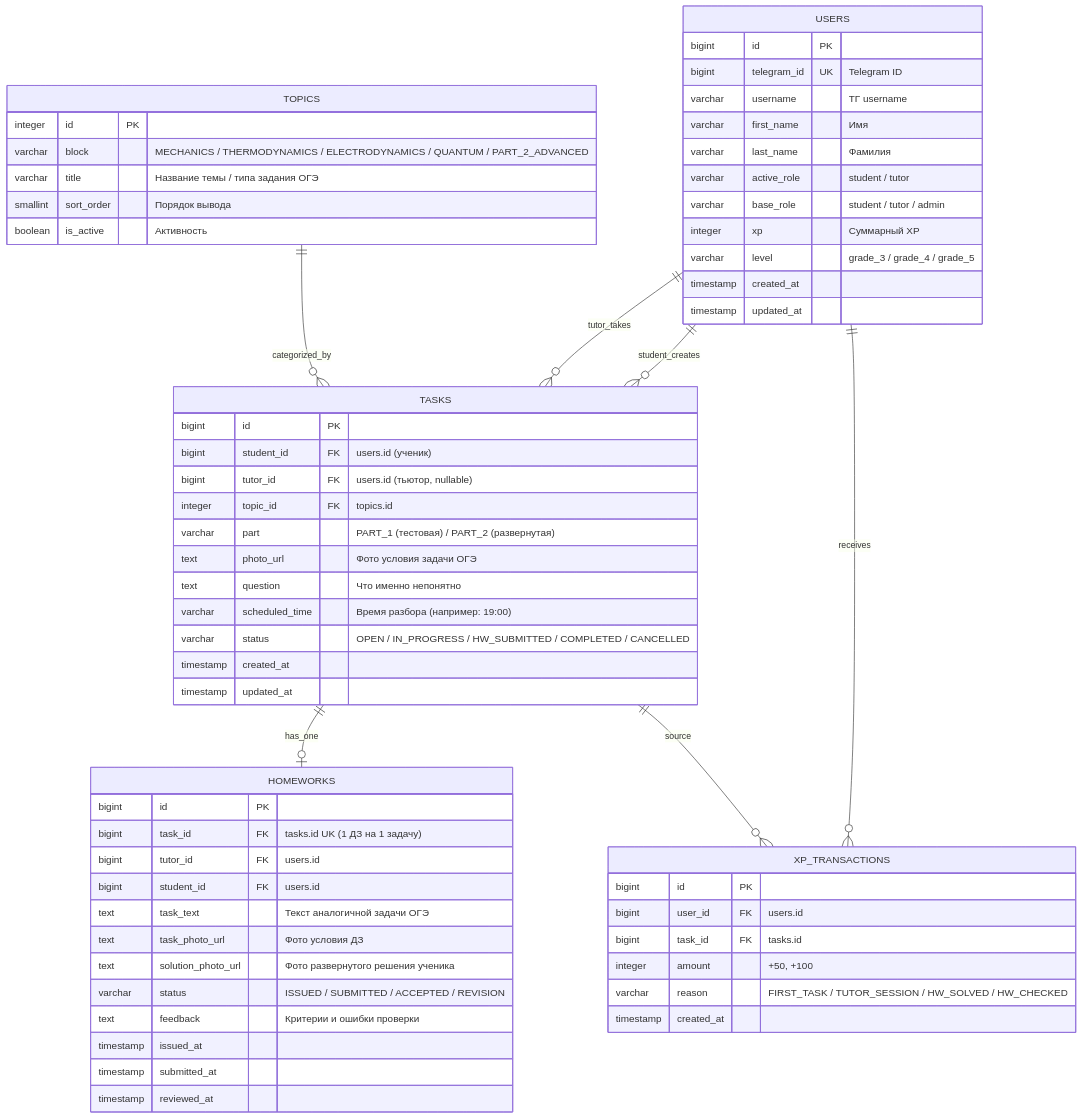
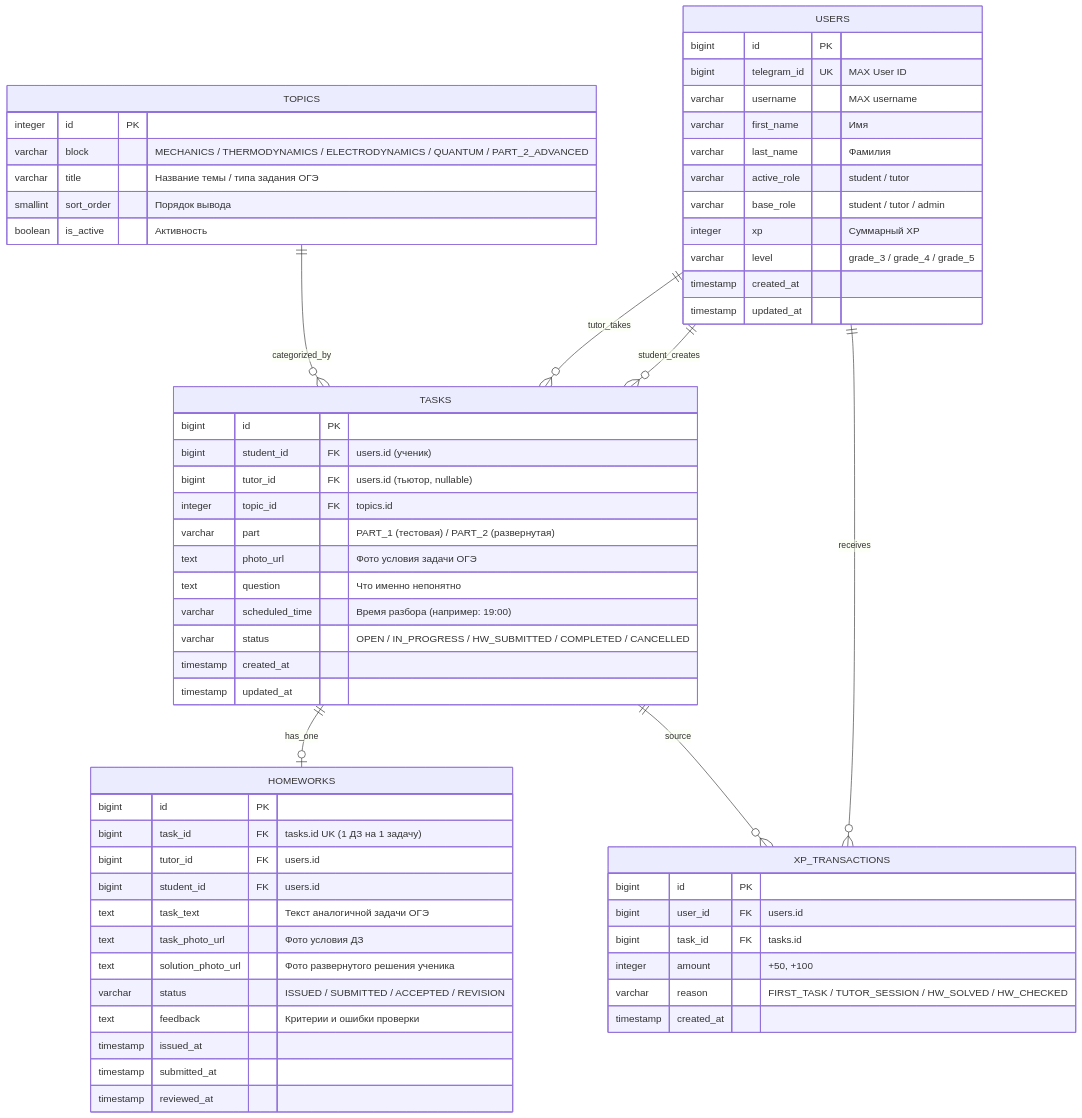
The diagram in docs/TZ_DATABASE.md (Cofemountain/help_student_gubkin), drawn with Mermaid before and after one commit. The commit also changed other lines of this file and 12 other files, not shown here.

Commit message:
refactor: focus exclusively on MAX messenger, remove Telegram bot and references

````diff
--- a/docs/TZ_DATABASE.md
+++ b/docs/TZ_DATABASE.md
@@ -63,69 +63,69 @@
 ```mermaid
 erDiagram
     USERS ||--o{ TASKS : "student_creates"
     USERS ||--o{ TASKS : "tutor_takes"
     TOPICS ||--o{ TASKS : "categorized_by"
     TASKS ||--o| HOMEWORKS : "has_one"
     USERS ||--o{ XP_TRANSACTIONS : "receives"
     TASKS ||--o{ XP_TRANSACTIONS : "source"
 
     USERS {
         bigint id PK
-        bigint telegram_id UK "Telegram ID"
-        varchar username "ТГ username"
+        bigint telegram_id UK "MAX User ID"
+        varchar username "MAX username"
         varchar first_name "Имя"
         varchar last_name "Фамилия"
         varchar active_role "student / tutor"
         varchar base_role "student / tutor / admin"
         integer xp "Суммарный XP"
         varchar level "grade_3 / grade_4 / grade_5"
         timestamp created_at
         timestamp updated_at
     }
 
     TOPICS {
         integer id PK
         varchar block "MECHANICS / THERMODYNAMICS / ELECTRODYNAMICS / QUANTUM / PART_2_ADVANCED"
         varchar title "Название темы / типа задания ОГЭ"
         smallint sort_order "Порядок вывода"
         boolean is_active "Активность"
     }
 
     TASKS {
         bigint id PK
         bigint student_id FK "users.id (ученик)"
         bigint tutor_id FK "users.id (тьютор, nullable)"
         integer topic_id FK "topics.id"
         varchar part "PART_1 (тестовая) / PART_2 (развернутая)"
         text photo_url "Фото условия задачи ОГЭ"
         text question "Что именно непонятно"
         varchar scheduled_time "Время разбора (например: 19:00)"
         varchar status "OPEN / IN_PROGRESS / HW_SUBMITTED / COMPLETED / CANCELLED"
         timestamp created_at
         timestamp updated_at
     }
 
     HOMEWORKS {
         bigint id PK
         bigint task_id FK "tasks.id UK (1 ДЗ на 1 задачу)"
         bigint tutor_id FK "users.id"
         bigint student_id FK "users.id"
         text task_text "Текст аналогичной задачи ОГЭ"
         text task_photo_url "Фото условия ДЗ"
         text solution_photo_url "Фото развернутого решения ученика"
         varchar status "ISSUED / SUBMITTED / ACCEPTED / REVISION"
         text feedback "Критерии и ошибки проверки"
         timestamp issued_at
         timestamp submitted_at
         timestamp reviewed_at
     }
 
     XP_TRANSACTIONS {
         bigint id PK
         bigint user_id FK "users.id"
         bigint task_id FK "tasks.id"
         integer amount "+50, +100"
         varchar reason "FIRST_TASK / TUTOR_SESSION / HW_SOLVED / HW_CHECKED"
         timestamp created_at
     }
 ```
````
